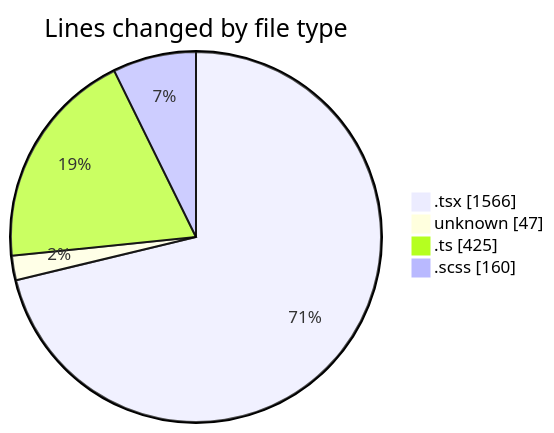
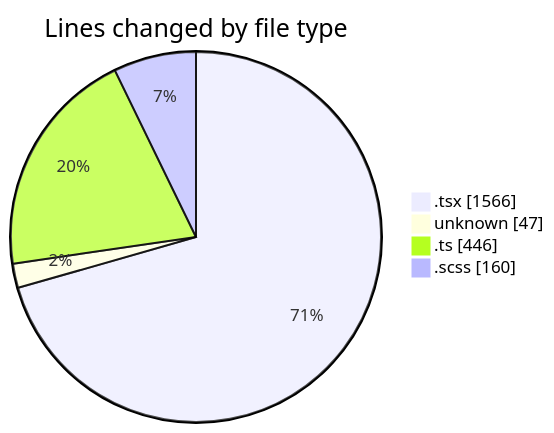
One commit to momahboobian/code-tracking changed the first of 2 diagrams in 2025-09-18/cda/README.md. Above: the diagram before and after it, drawn with Mermaid. The commit also changed other lines of this file and 1 other file, not shown here.

````diff
--- a/2025-09-18/cda/README.md
+++ b/2025-09-18/cda/README.md
@@ -25,8 +25,8 @@
 ```mermaid
 pie showData
 title Lines changed by file type
 ".tsx" : 1566
 "unknown" : 47
-".ts" : 425
+".ts" : 446
 ".scss" : 160
 ```
````
